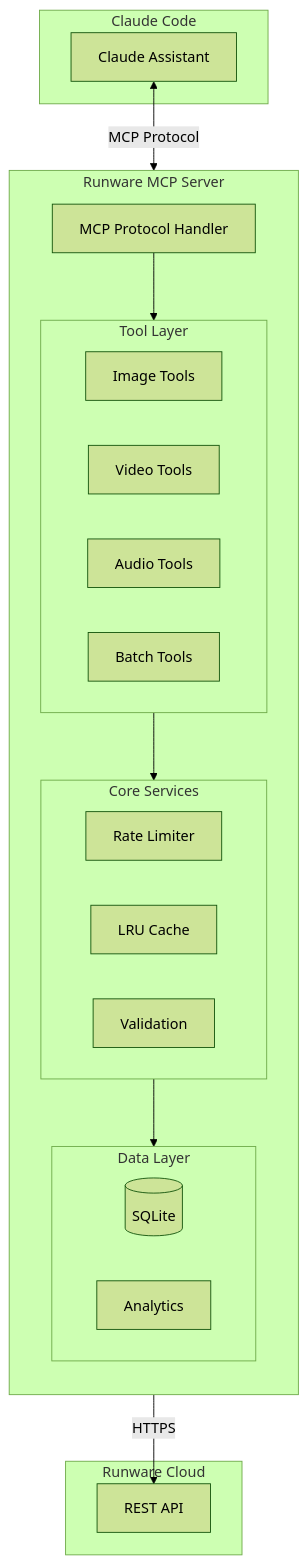
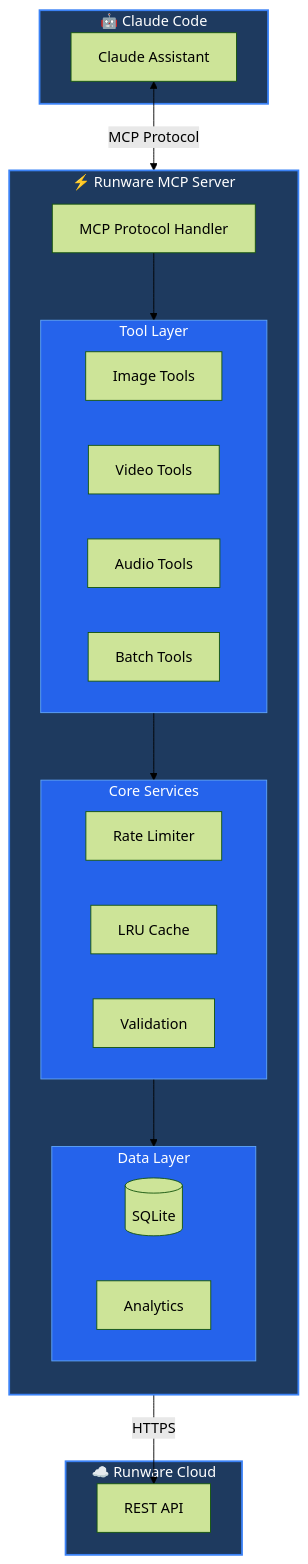
One commit to ul0gic/runware-mcp changed the third of 3 diagrams in README.md. Above: the diagram before and after it, drawn with Mermaid (forest theme). The commit also changed other lines of this file, not shown here.

Commit message:
chart correction

````diff
--- a/README.md
+++ b/README.md
@@ -229,43 +248,50 @@
 ```mermaid
 flowchart TB
-    subgraph Claude["Claude Code"]
-        CC[Claude Assistant]
+    subgraph Claude["🤖 Claude Code"]
+        CC["Claude Assistant"]
     end
 
-    subgraph MCP["Runware MCP Server"]
+    subgraph MCP["⚡ Runware MCP Server"]
         direction TB
-        Handler[MCP Protocol Handler]
+        Handler["MCP Protocol Handler"]
 
         subgraph Tools["Tool Layer"]
             direction LR
-            IMG[Image Tools]
-            VID[Video Tools]
-            AUD[Audio Tools]
-            BATCH[Batch Tools]
+            IMG["Image Tools"]
+            VID["Video Tools"]
+            AUD["Audio Tools"]
+            BATCH["Batch Tools"]
         end
 
         subgraph Core["Core Services"]
             direction LR
-            RL[Rate Limiter]
-            Cache[LRU Cache]
-            Val[Validation]
+            RL["Rate Limiter"]
+            Cache["LRU Cache"]
+            Val["Validation"]
         end
 
         subgraph Data["Data Layer"]
             direction LR
-            DB[(SQLite)]
-            Analytics[Analytics]
+            DB[("SQLite")]
+            Analytics["Analytics"]
         end
 
         Handler --> Tools
         Tools --> Core
         Core --> Data
     end
 
-    subgraph Runware["Runware Cloud"]
-        API[REST API]
+    subgraph Runware["☁️ Runware Cloud"]
+        API["REST API"]
     end
 
-    CC <-->|MCP Protocol| Handler
-    Tools -->|HTTPS| API
+    CC <-->|"MCP Protocol"| Handler
+    Tools -->|"HTTPS"| API
+
+    style Claude fill:#1e3a5f,stroke:#3b82f6,stroke-width:2px,color:#fff
+    style MCP fill:#1e3a5f,stroke:#3b82f6,stroke-width:2px,color:#fff
+    style Runware fill:#1e3a5f,stroke:#3b82f6,stroke-width:2px,color:#fff
+    style Tools fill:#2563eb,stroke:#60a5fa,color:#fff
+    style Core fill:#2563eb,stroke:#60a5fa,color:#fff
+    style Data fill:#2563eb,stroke:#60a5fa,color:#fff
 ```
````
